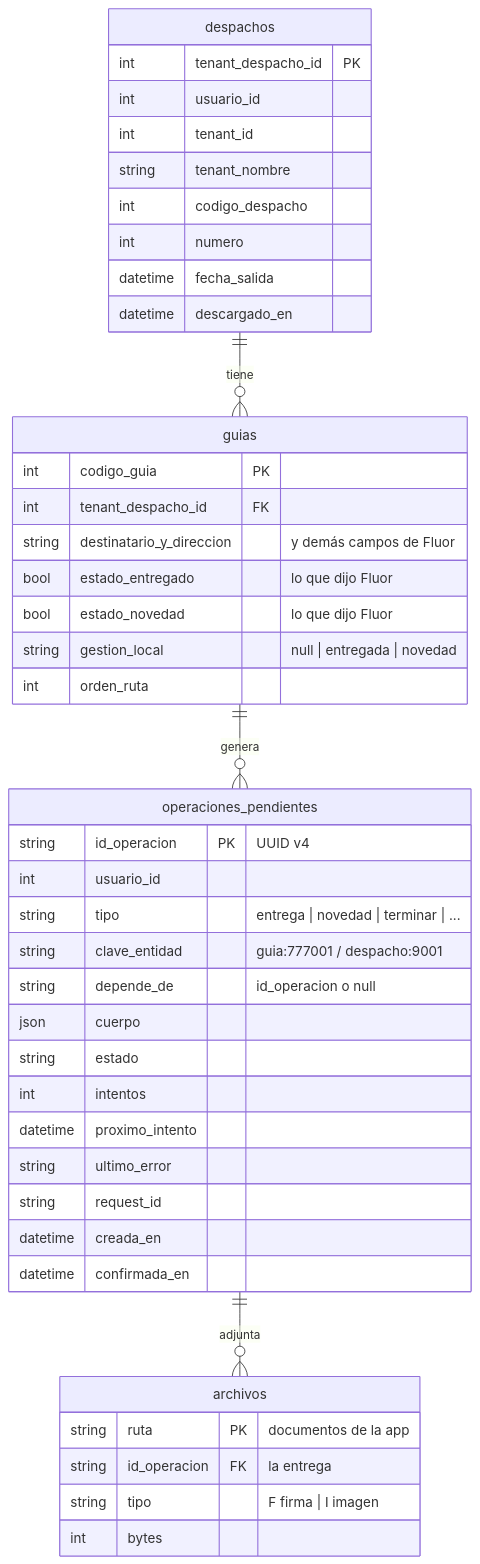
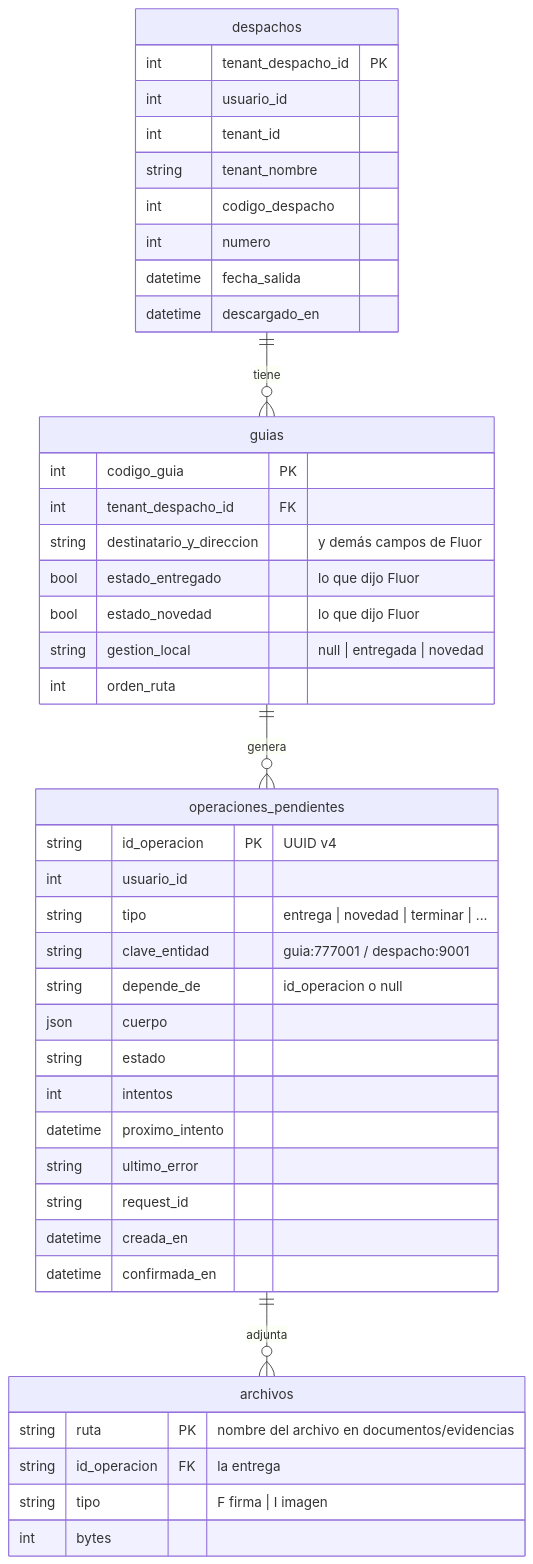
One commit to tamerlantian/cilog-2 changed the second of 9 diagrams in docs/offline.md. Above: the diagram before and after it, drawn with Mermaid. The commit also changed other lines of this file and 7 other files, not shown here.

First line of the commit message:
fix(sync): evidencias por nombre para que no se pierdan al actualizar en iOS

````diff
--- a/docs/offline.md
+++ b/docs/offline.md
@@ -69,46 +69,46 @@
 ```mermaid
 erDiagram
     despachos ||--o{ guias : tiene
     guias ||--o{ operaciones_pendientes : genera
     operaciones_pendientes ||--o{ archivos : adjunta
     despachos {
         int tenant_despacho_id PK
         int usuario_id
         int tenant_id
         string tenant_nombre
         int codigo_despacho
         int numero
         datetime fecha_salida
         datetime descargado_en
     }
     guias {
         int codigo_guia PK
         int tenant_despacho_id FK
         string destinatario_y_direccion "y demás campos de Fluor"
         bool estado_entregado "lo que dijo Fluor"
         bool estado_novedad "lo que dijo Fluor"
         string gestion_local "null | entregada | novedad"
         int orden_ruta
     }
     operaciones_pendientes {
         string id_operacion PK "UUID v4"
         int usuario_id
         string tipo "entrega | novedad | terminar | ..."
         string clave_entidad "guia:777001 / despacho:9001"
         string depende_de "id_operacion o null"
         json cuerpo
         string estado
         int intentos
         datetime proximo_intento
         string ultimo_error
         string request_id
         datetime creada_en
         datetime confirmada_en
     }
     archivos {
-        string ruta PK "documentos de la app"
+        string ruta PK "nombre del archivo en documentos/evidencias"
         string id_operacion FK "la entrega"
         string tipo "F firma | I imagen"
         int bytes
     }
 ```
````
